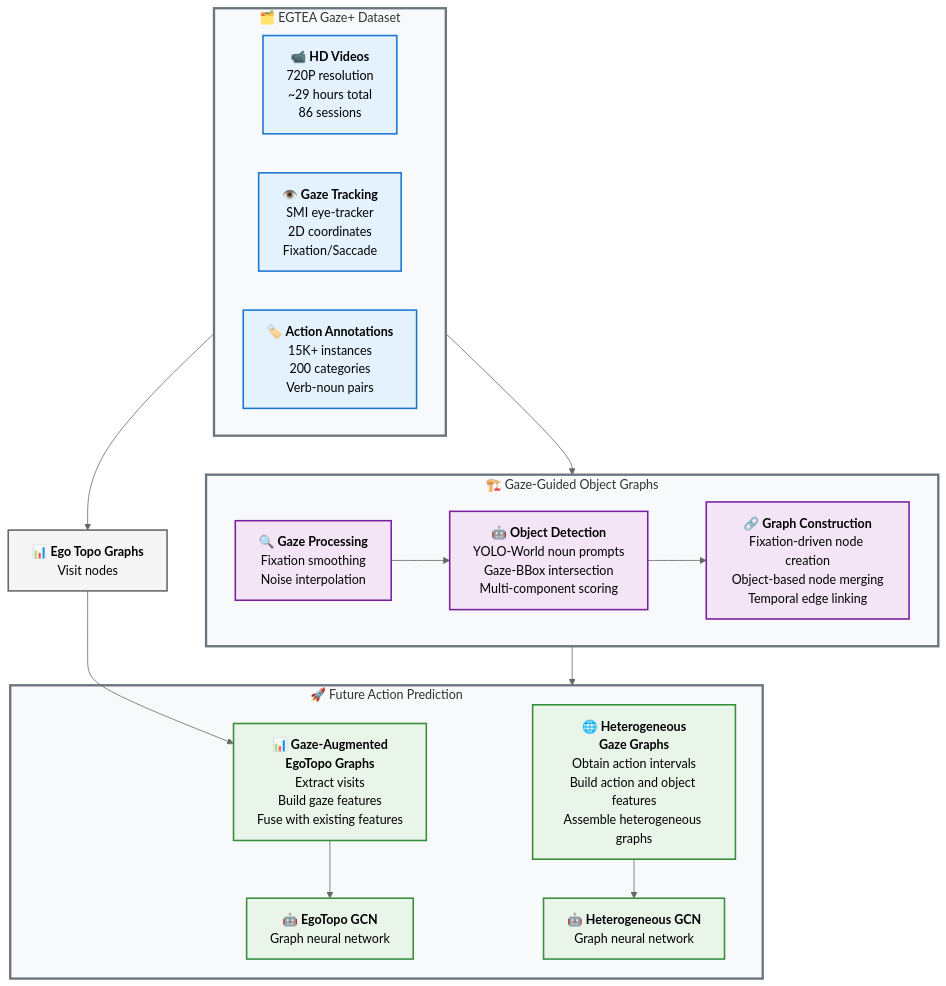
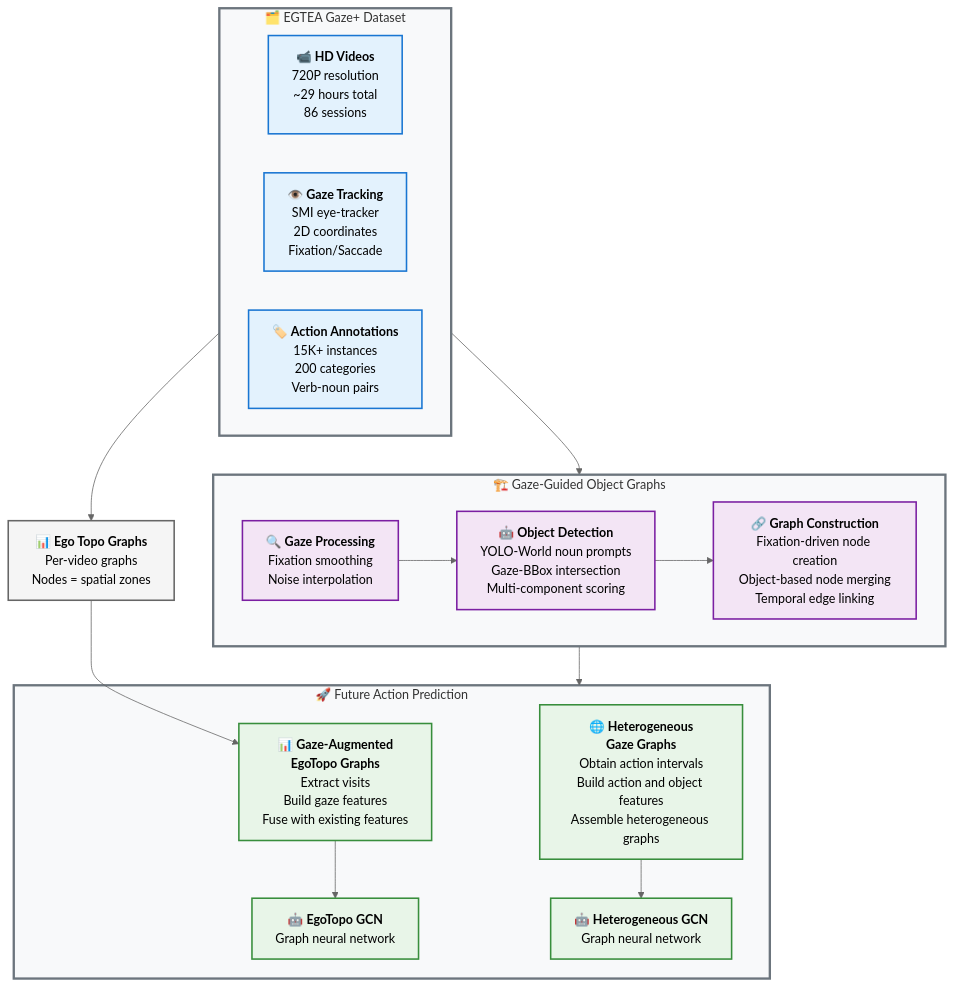
Before and after one commit to tavis-siebert/gaze-guided-scene: the diagram in figures/graph-construction-overview.md, drawn with Mermaid (neutral theme).

Commit message:
fix(figures): update Ego Topo Graphs description for clarity

```diff
--- a/figures/graph-construction-overview.md
+++ b/figures/graph-construction-overview.md
@@ -45,7 +45,8 @@
     
     %% External Graph Representation
     J["`📊 **Ego Topo Graphs**
-    Visit nodes`"]
+    Per-video graphs
+    Nodes = spatial zones`"]
     
     %% Future Action Prediction - Third level
     subgraph Prediction["🚀 Future Action Prediction"]
```
